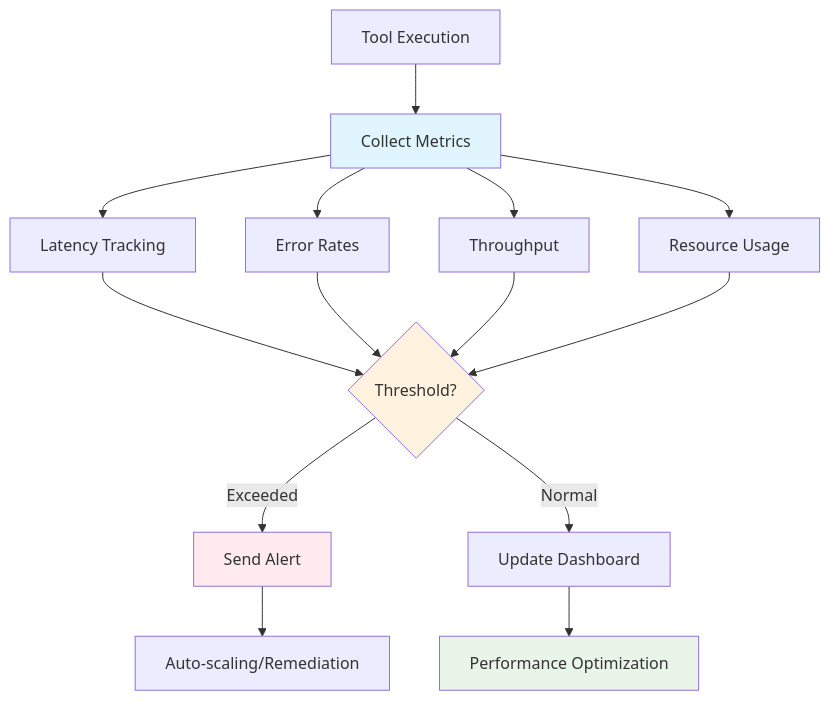
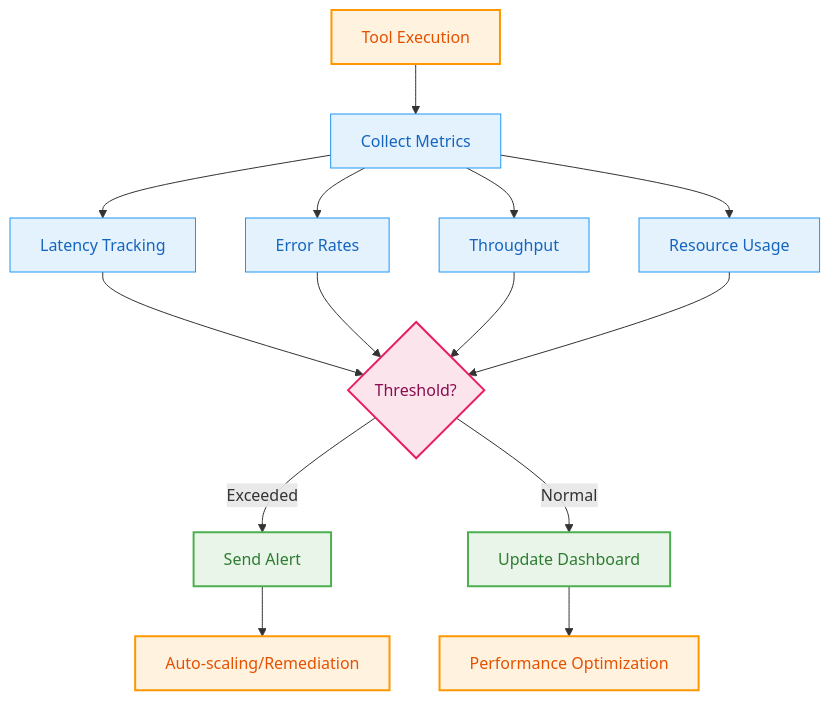
The third of 3 diagrams in site/docs/scale/architecture/tool-integration.md (jupyter-naas/docs), drawn with Mermaid before and after one commit. The commit also changed other lines of this file and 4 other files, not shown here.

First line of the commit message:
feat: Implement consistent Mermaid styling across all architecture diagrams

````diff
--- a/site/docs/scale/architecture/tool-integration.md
+++ b/site/docs/scale/architecture/tool-integration.md
@@ -533,24 +546,31 @@
 ```mermaid
 graph TD
     EXEC[Tool Execution] --> METRICS[Collect Metrics]
     METRICS --> LATENCY[Latency Tracking]
     METRICS --> ERROR[Error Rates]
     METRICS --> THROUGHPUT[Throughput]
     METRICS --> RESOURCE[Resource Usage]
     
     LATENCY --> ALERT{Threshold?}
     ERROR --> ALERT
     THROUGHPUT --> ALERT
     RESOURCE --> ALERT
     
     ALERT -->|Exceeded| NOTIFICATION[Send Alert]
     ALERT -->|Normal| DASHBOARD[Update Dashboard]
     
     NOTIFICATION --> ESCALATION[Auto-scaling/Remediation]
     DASHBOARD --> OPTIMIZATION[Performance Optimization]
     
-    style METRICS fill:#e1f5fe
-    style ALERT fill:#fff3e0
-    style NOTIFICATION fill:#ffebee
-    style OPTIMIZATION fill:#e8f5e8
+    classDef userExp fill:#e8f5e8,stroke:#4caf50,stroke-width:2px,color:#2e7d32
+    classDef platform fill:#e3f2fd,stroke:#2196f3,stroke-width:1px,color:#1565c0
+    classDef aiEngine fill:#fff3e0,stroke:#ff9800,stroke-width:2px,color:#e65100
+    classDef dataLayer fill:#f3e5f5,stroke:#9c27b0,stroke-width:1px,color:#4a148c
+    classDef alertState fill:#ffebee,stroke:#f44336,stroke-width:2px,color:#c62828
+    classDef decision fill:#fce4ec,stroke:#e91e63,stroke-width:2px,color:#880e4f
+    
+    class EXEC,ESCALATION,OPTIMIZATION aiEngine
+    class METRICS,LATENCY,ERROR,THROUGHPUT,RESOURCE platform
+    class ALERT decision
+    class DASHBOARD,NOTIFICATION userExp
 ```
````
